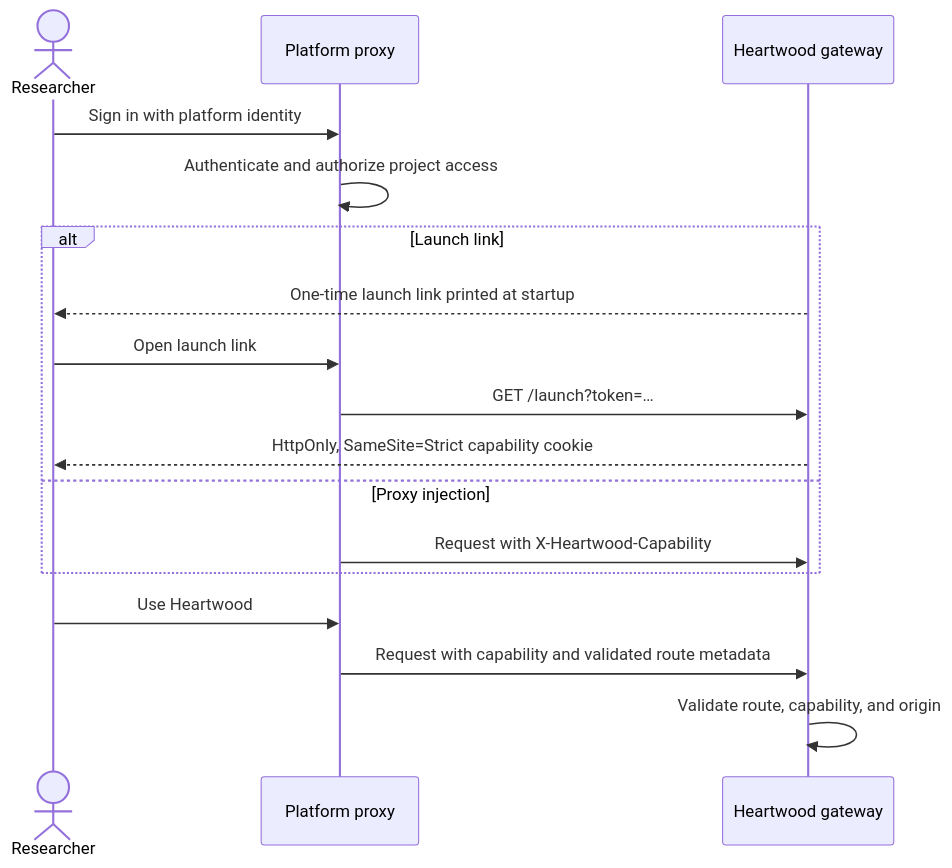
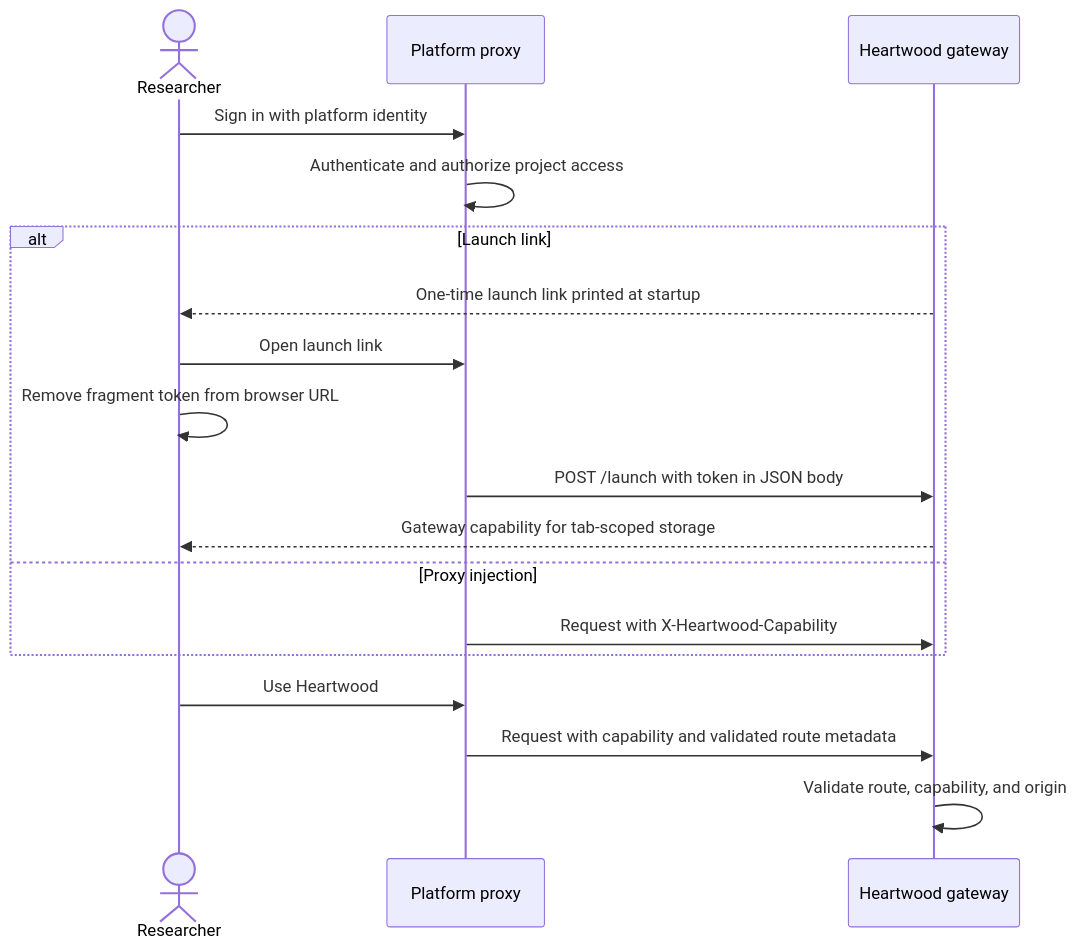
The third of 6 diagrams in documentation/operate/platform-contract.md (SchmiedmayerLab/heartwood), drawn with Mermaid before and after one commit. The commit also changed other lines of this file and 24 other files, not shown here.

Commit message:
Scope Browser Capabilities to the Gateway Origin

````diff
--- a/documentation/operate/platform-contract.md
+++ b/documentation/operate/platform-contract.md
@@ -241,19 +241,20 @@
 ```mermaid
 sequenceDiagram
     actor R as Researcher
     participant P as Platform proxy
     participant G as Heartwood gateway
     R->>P: Sign in with platform identity
     P->>P: Authenticate and authorize project access
     alt Launch link
         G-->>R: One-time launch link printed at startup
         R->>P: Open launch link
-        P->>G: GET /launch?token=…
-        G-->>R: HttpOnly, SameSite=Strict capability cookie
+        R->>R: Remove fragment token from browser URL
+        P->>G: POST /launch with token in JSON body
+        G-->>R: Gateway capability for tab-scoped storage
     else Proxy injection
         P->>G: Request with X-Heartwood-Capability
     end
     R->>P: Use Heartwood
     P->>G: Request with capability and validated route metadata
     G->>G: Validate route, capability, and origin
 ```
````
